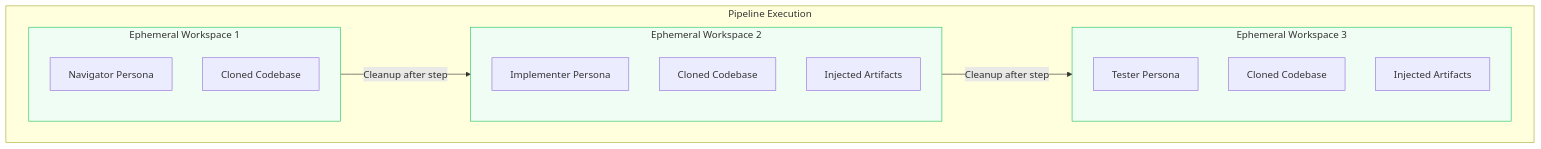
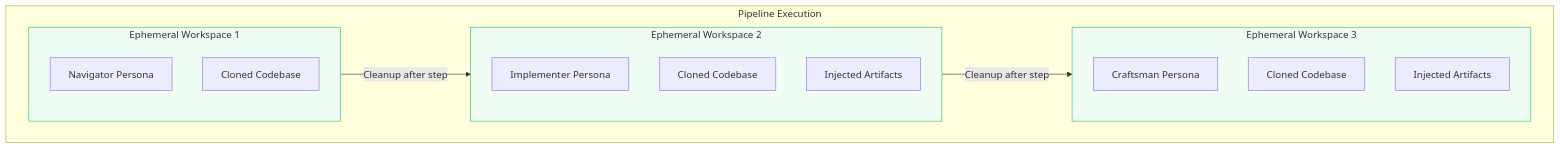
One commit to re-cinq/wave changed the third of 3 diagrams in docs/concepts/personas.md. Above: the diagram before and after it, drawn with Mermaid. The commit also changed other lines of this file and 11 other files, not shown here.

First line of the commit message:
docs: remove fictional compliance content, fix mermaid diagrams

````diff
--- a/docs/concepts/personas.md
+++ b/docs/concepts/personas.md
@@ -253,28 +254,28 @@
 ```mermaid
 flowchart TB
     subgraph Pipeline["Pipeline Execution"]
         subgraph WS1["Ephemeral Workspace 1"]
             N[Navigator Persona]
             F1[Cloned Codebase]
         end
 
         subgraph WS2["Ephemeral Workspace 2"]
             I[Implementer Persona]
             F2[Cloned Codebase]
             A1[Injected Artifacts]
         end
 
         subgraph WS3["Ephemeral Workspace 3"]
-            T[Tester Persona]
+            T[Craftsman Persona]
             F3[Cloned Codebase]
             A2[Injected Artifacts]
         end
     end
 
     WS1 -->|"Cleanup after step"| WS2
     WS2 -->|"Cleanup after step"| WS3
 
     style WS1 fill:#f0fdf4,stroke:#22c55e
     style WS2 fill:#f0fdf4,stroke:#22c55e
     style WS3 fill:#f0fdf4,stroke:#22c55e
 ```
````
